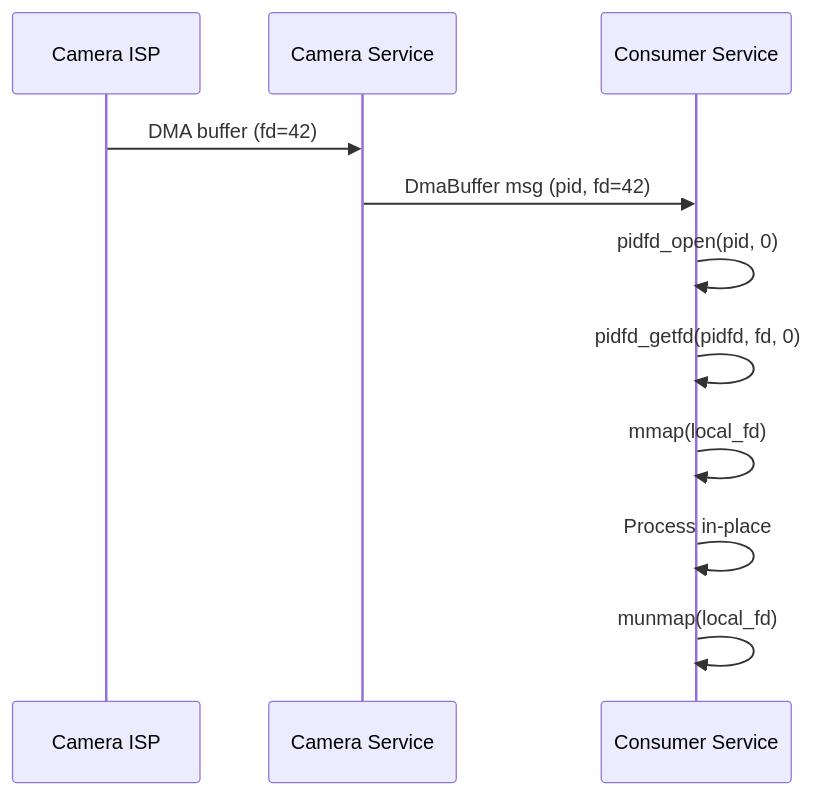
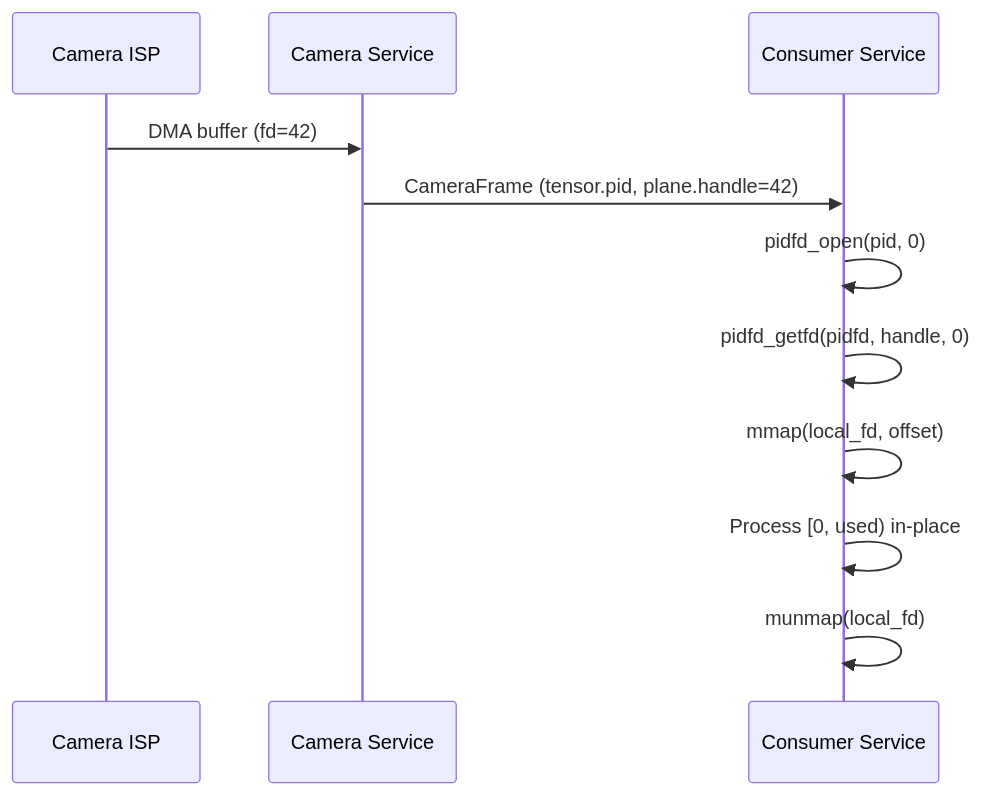
One commit to EdgeFirstAI/schemas changed the third of 3 diagrams in ARCHITECTURE.md. Above: the diagram before and after it, drawn with Mermaid. The commit also changed other lines of this file and 3 other files, not shown here.

First line of the commit message:
docs: update ARCHITECTURE, CAPI and README for the Tensor family

````diff
--- a/ARCHITECTURE.md
+++ b/ARCHITECTURE.md
@@ -635,14 +670,14 @@
 ```mermaid
 sequenceDiagram
     participant ISP as Camera ISP
     participant Camera as Camera Service
     participant Consumer as Consumer Service
 
     ISP->>Camera: DMA buffer (fd=42)
-    Camera->>Consumer: DmaBuffer msg (pid, fd=42)
+    Camera->>Consumer: CameraFrame (tensor.pid, plane.handle=42)
     Consumer->>Consumer: pidfd_open(pid, 0)
-    Consumer->>Consumer: pidfd_getfd(pidfd, fd, 0)
-    Consumer->>Consumer: mmap(local_fd)
-    Consumer->>Consumer: Process in-place
+    Consumer->>Consumer: pidfd_getfd(pidfd, handle, 0)
+    Consumer->>Consumer: mmap(local_fd, offset)
+    Consumer->>Consumer: Process [0, used) in-place
     Consumer->>Consumer: munmap(local_fd)
 ```
````
